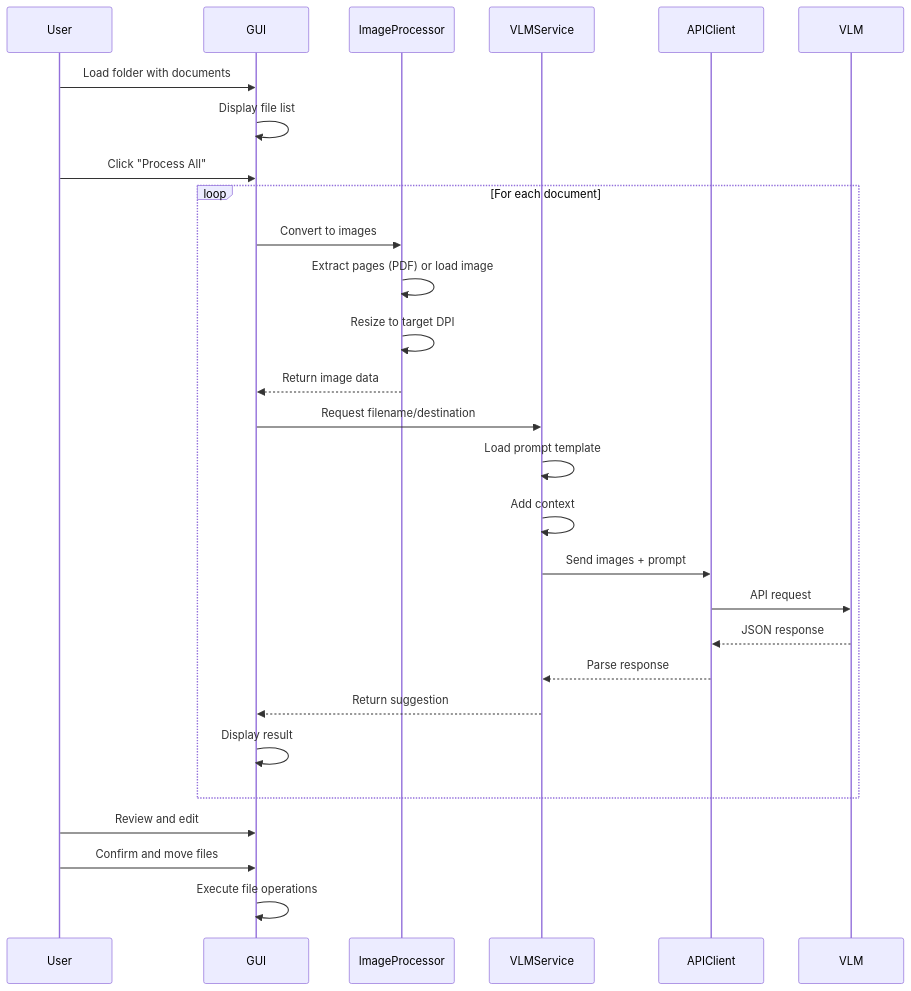
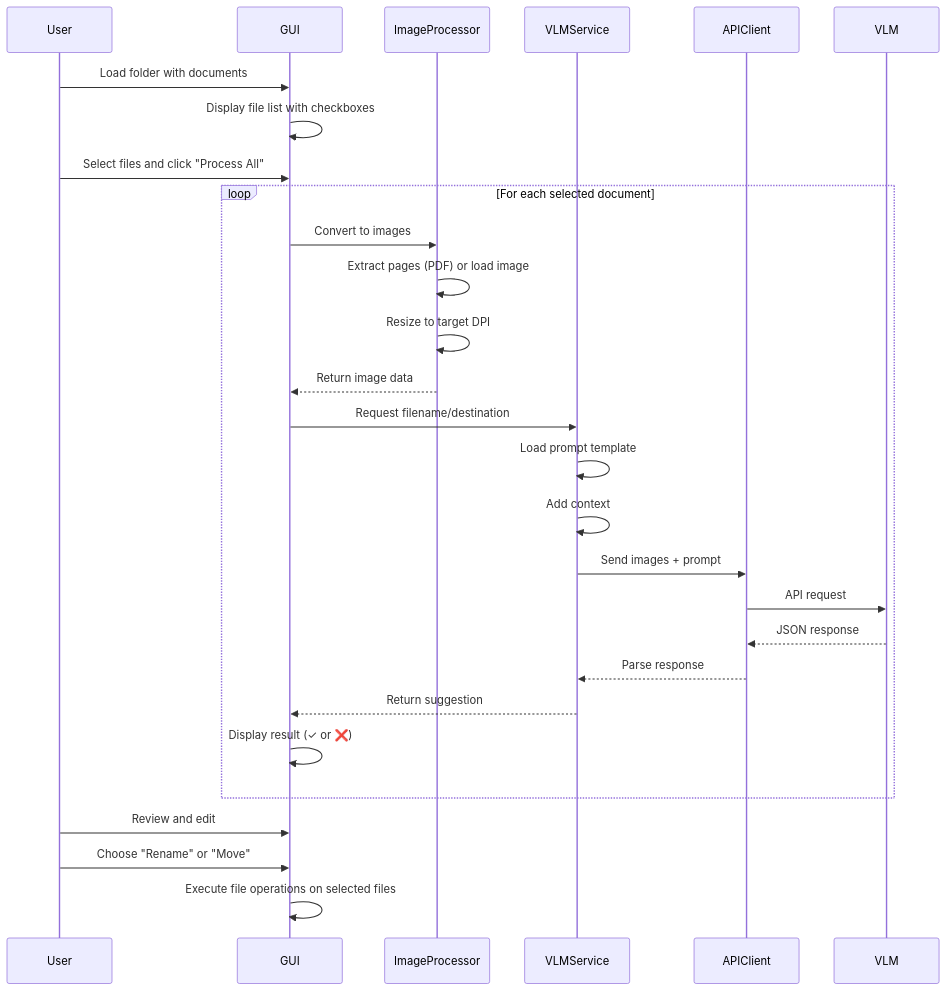
One commit to anqixu/scanned_document_filer changed the third of 3 diagrams in llms/pr.md. Above: the diagram before and after it, drawn with Mermaid. The commit also changed other lines of this file and 15 other files, not shown here.

````diff
--- a/llms/pr.md
+++ b/llms/pr.md
@@ -125,35 +151,35 @@
 ```mermaid
 sequenceDiagram
     participant User
     participant GUI
     participant ImageProcessor
     participant VLMService
     participant APIClient
     participant VLM
 
     User->>GUI: Load folder with documents
-    GUI->>GUI: Display file list
-    User->>GUI: Click "Process All"
+    GUI->>GUI: Display file list with checkboxes
+    User->>GUI: Select files and click "Process All"
 
-    loop For each document
+    loop For each selected document
         GUI->>ImageProcessor: Convert to images
         ImageProcessor->>ImageProcessor: Extract pages (PDF) or load image
         ImageProcessor->>ImageProcessor: Resize to target DPI
         ImageProcessor-->>GUI: Return image data
 
         GUI->>VLMService: Request filename/destination
         VLMService->>VLMService: Load prompt template
         VLMService->>VLMService: Add context
         VLMService->>APIClient: Send images + prompt
         APIClient->>VLM: API request
         VLM-->>APIClient: JSON response
         APIClient-->>VLMService: Parse response
         VLMService-->>GUI: Return suggestion
 
-        GUI->>GUI: Display result
+        GUI->>GUI: Display result (✓ or ❌)
     end
 
     User->>GUI: Review and edit
-    User->>GUI: Confirm and move files
-    GUI->>GUI: Execute file operations
+    User->>GUI: Choose "Rename" or "Move"
+    GUI->>GUI: Execute file operations on selected files
 ```
````
